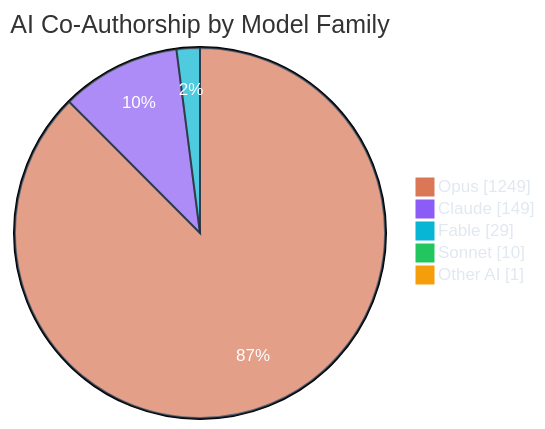
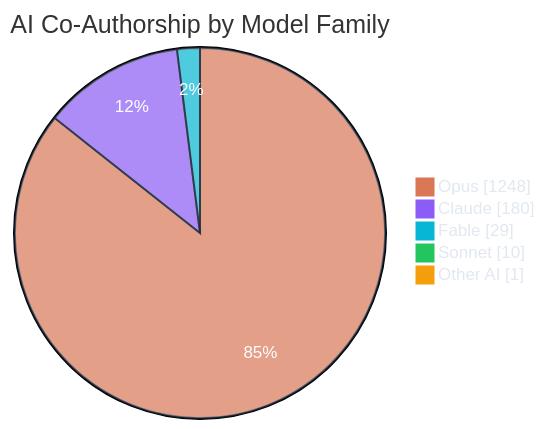
Before and after one commit to polo-nyan/polo-nyan: the third of 7 diagrams in README.md, drawn with Mermaid. The commit also changed other lines of this file and 1 other file, not shown here.

````diff
--- a/README.md
+++ b/README.md
@@ -279,10 +279,10 @@
 ```mermaid
 %%{init: {"theme": "base", "themeVariables": { "pie1": "#d97757", "pie2": "#8b5cf6", "pie3": "#06b6d4", "pie4": "#22c55e", "pie5": "#f59e0b", "pie6": "#ec4899", "pieTextColor": "#ffffff", "pieLegendTextColor": "#e2e8f0", "pieSectionTextColor": "#ffffff", "pieStrokeColor": "#1e293b" }}}%%
 pie showData
     title AI Co-Authorship by Model Family
-    "Opus" : 1249
-    "Claude" : 149
+    "Opus" : 1248
+    "Claude" : 180
     "Fable" : 29
     "Sonnet" : 10
     "Other AI" : 1
 ```
````
